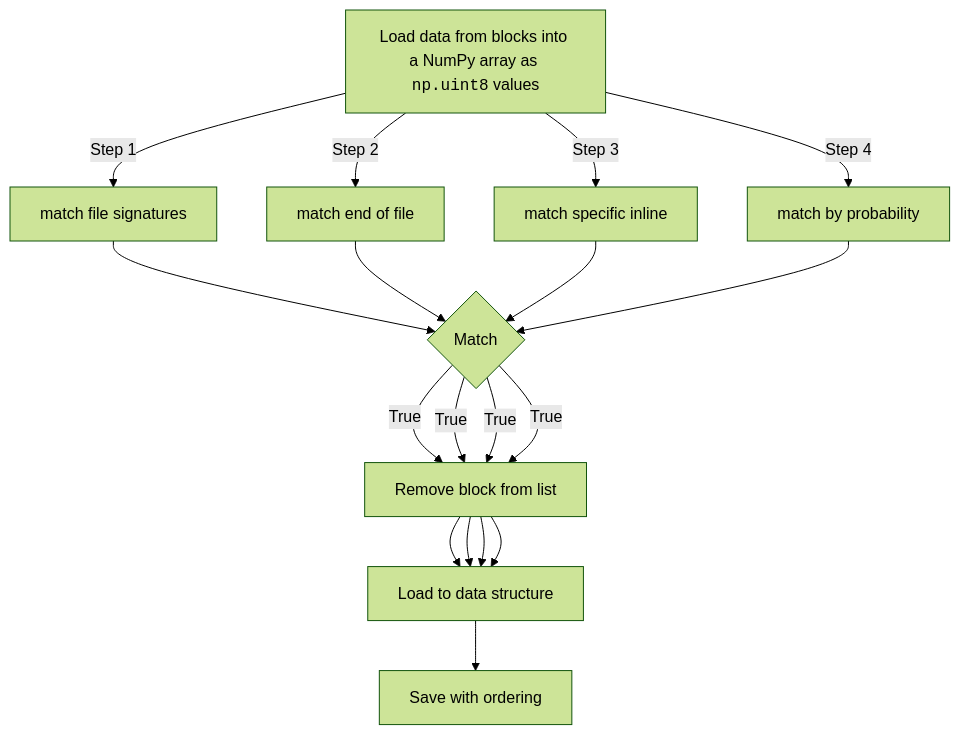
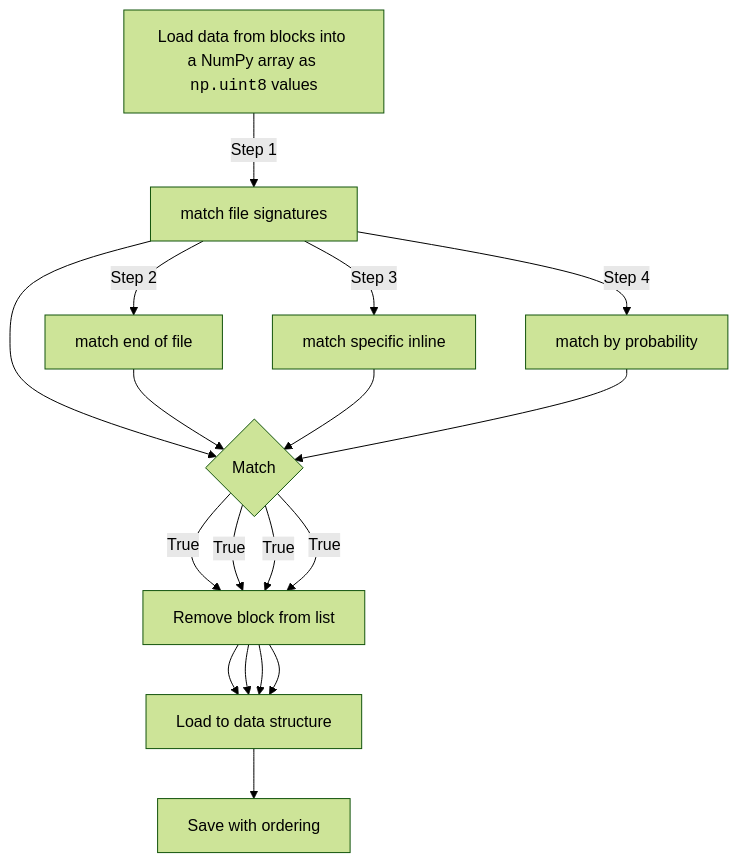
Before and after one commit to iamwpj/playing-with-blocks: the first of 2 diagrams in readme.md, drawn with Mermaid (forest theme). The commit also changed other lines of this file and 13 other files, not shown here.

````diff
--- a/readme.md
+++ b/readme.md
@@ -93,18 +110,18 @@
 ```mermaid
 flowchart TD
     L[Load data from blocks into a NumPy array as <code>np.uint8</code> values]
     M1[match file signatures]
     M2[match end of file]
     M3[match specific inline]
     M4[match by probability]
     R[Remove block from list]
     D[Load to data structure]
     S[Save with ordering]
     YN{Match}
 
     L --> | Step 1 | M1 --> YN --> | True | R --> D
-    L --> | Step 2 | M2 --> YN --> | True | R --> D
-    L --> | Step 3 | M3 --> YN --> | True | R --> D
-    L --> | Step 4 | M4 --> YN --> | True | R --> D
+    M1 --> | Step 2 | M2 --> YN --> | True | R --> D
+    M1 --> | Step 3 | M3 --> YN --> | True | R --> D
+    M1 --> | Step 4 | M4 --> YN --> | True | R --> D
     D --> S
 ```
````
